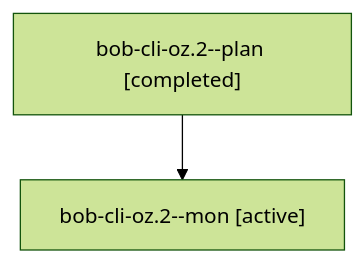
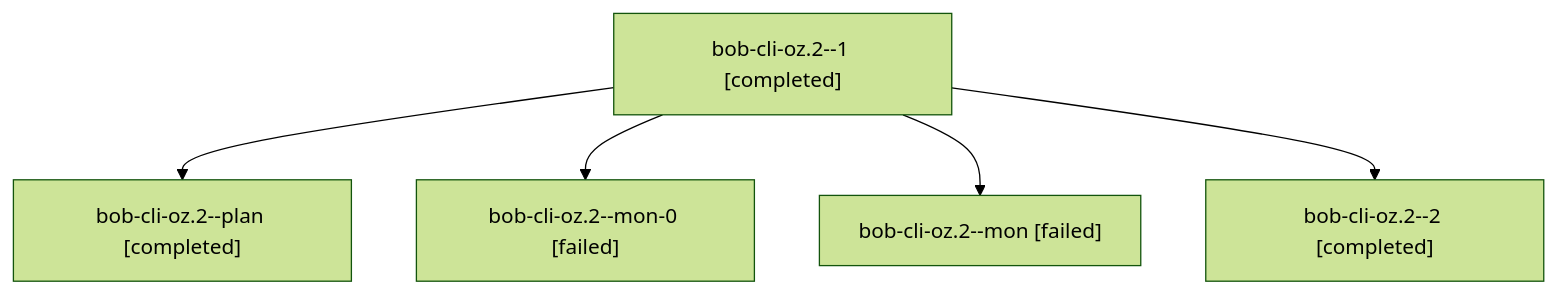
Before and after one commit to bobs-org/bob-cli--agents: the diagram in sessions/bbugyi200.apollo.bob-cli-oz.2.md, drawn with Mermaid (forest theme). The commit also changed other lines of this file and 47 other files, not shown here.

````diff
--- a/sessions/bbugyi200.apollo.bob-cli-oz.2.md
+++ b/sessions/bbugyi200.apollo.bob-cli-oz.2.md
@@ -9,6 +9,12 @@
 ```mermaid
 flowchart TD
-  n0["bob-cli-oz.2--plan [completed]"]
-  n1["bob-cli-oz.2--mon [active]"]
+  n0["bob-cli-oz.2--1 [completed]"]
+  n1["bob-cli-oz.2--plan [completed]"]
   n0 --> n1
+  n2["bob-cli-oz.2--mon-0 [failed]"]
+  n0 --> n2
+  n3["bob-cli-oz.2--mon [failed]"]
+  n0 --> n3
+  n4["bob-cli-oz.2--2 [completed]"]
+  n0 --> n4
 ```
````
